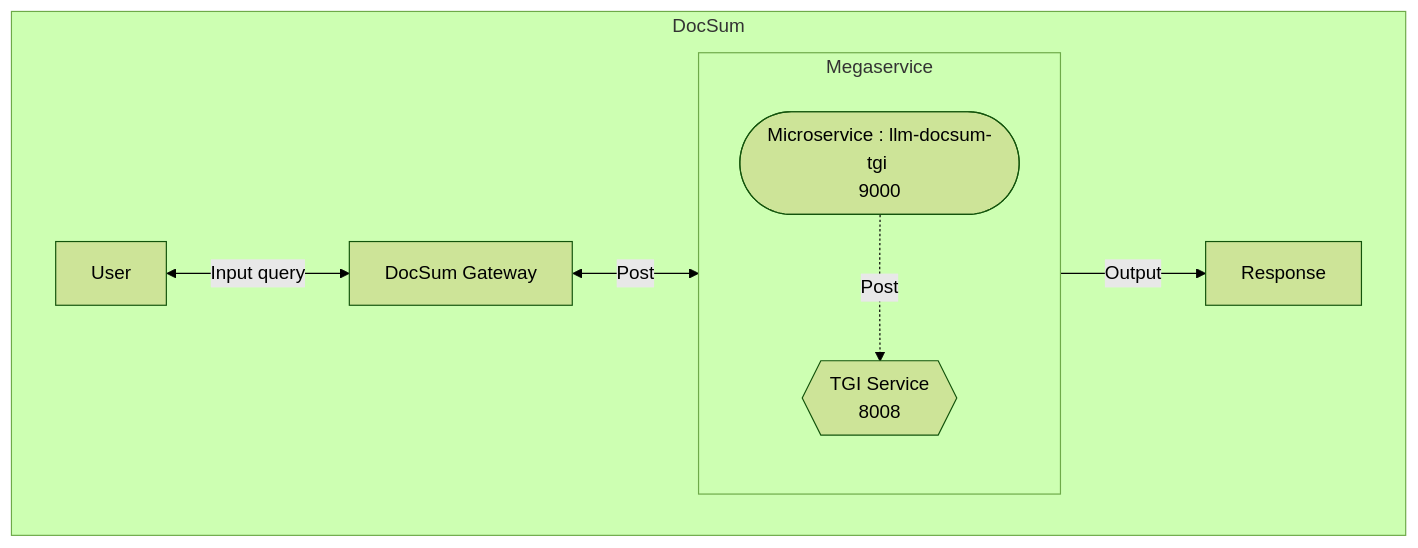
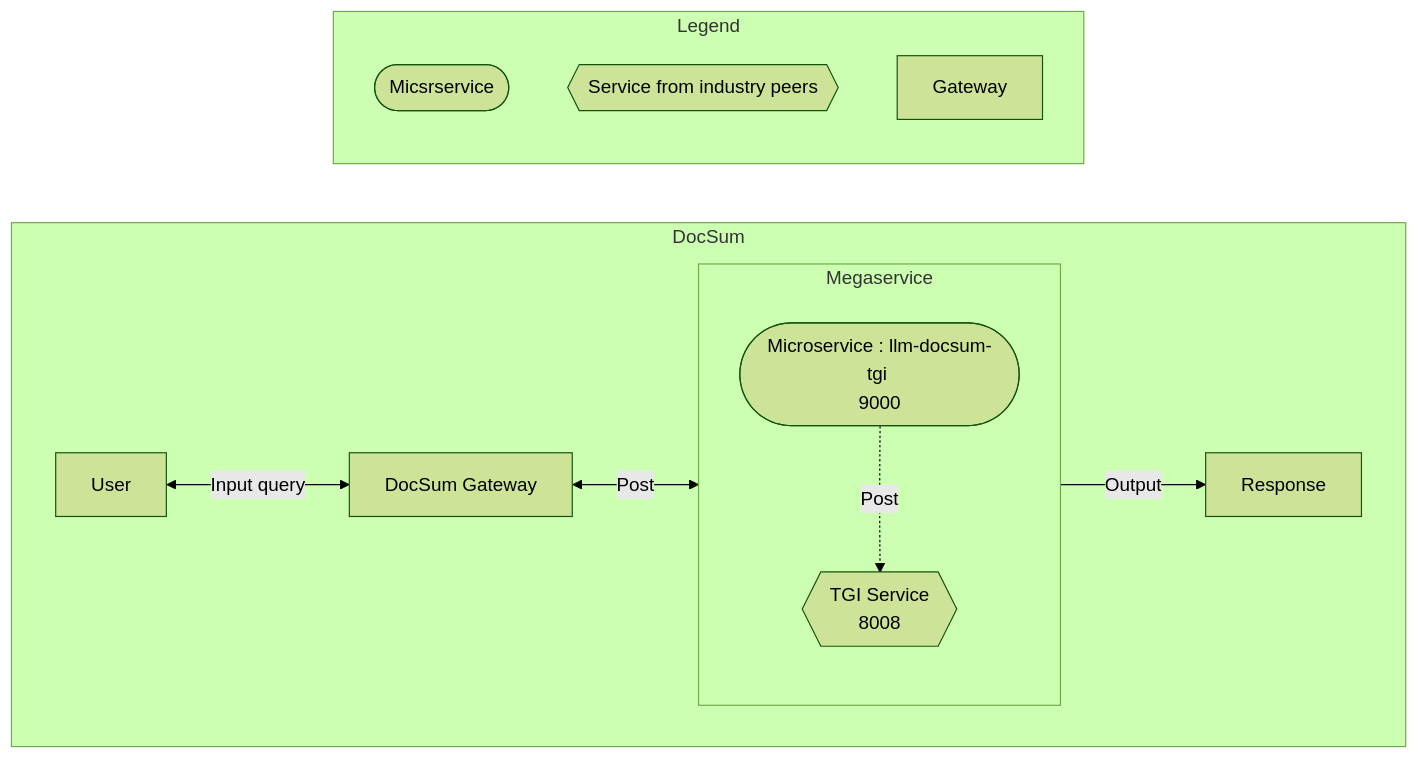
The diagram in DocSum/README.md (opea-project/GenAIExamples), drawn with Mermaid (forest theme) before and after one commit.

````diff
--- a/DocSum/README.md
+++ b/DocSum/README.md
@@ -99,14 +99,18 @@
 ```mermaid
 flowchart LR
     subgraph DocSum
         direction LR
         A[User] <--> |Input query| B[DocSum Gateway]
         B <--> |Post| Megaservice
         subgraph Megaservice["Megaservice"]
             direction TB
             C([ Microservice : llm-docsum-tgi <br>9000]) -. Post .-> D{{TGI Service<br>8008}}
         end
         Megaservice --> |Output| E[Response]
     end
-
+    subgraph Legend
+        X([Micsrservice])
+        Y{{Service from industry peers}}
+        Z[Gateway]
+    end
 ```
````
